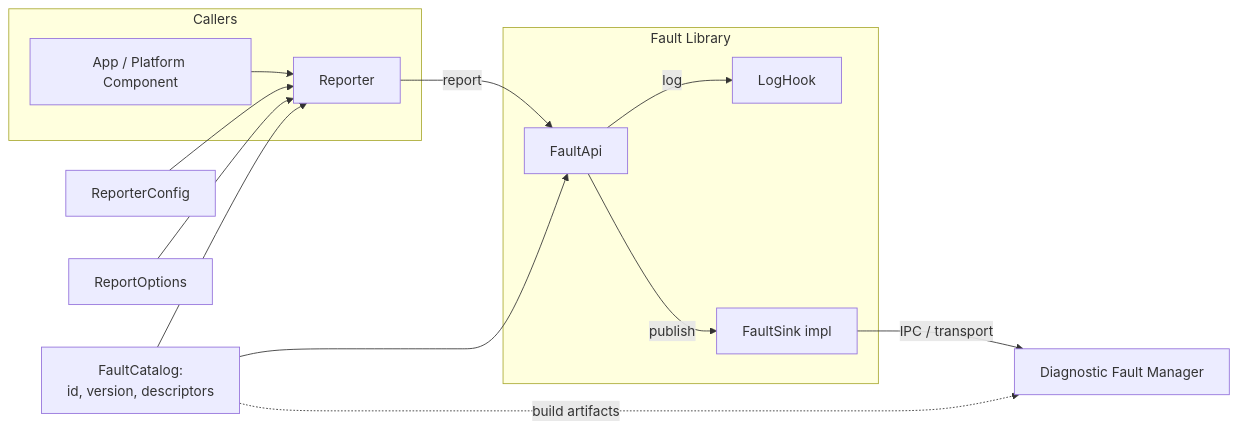
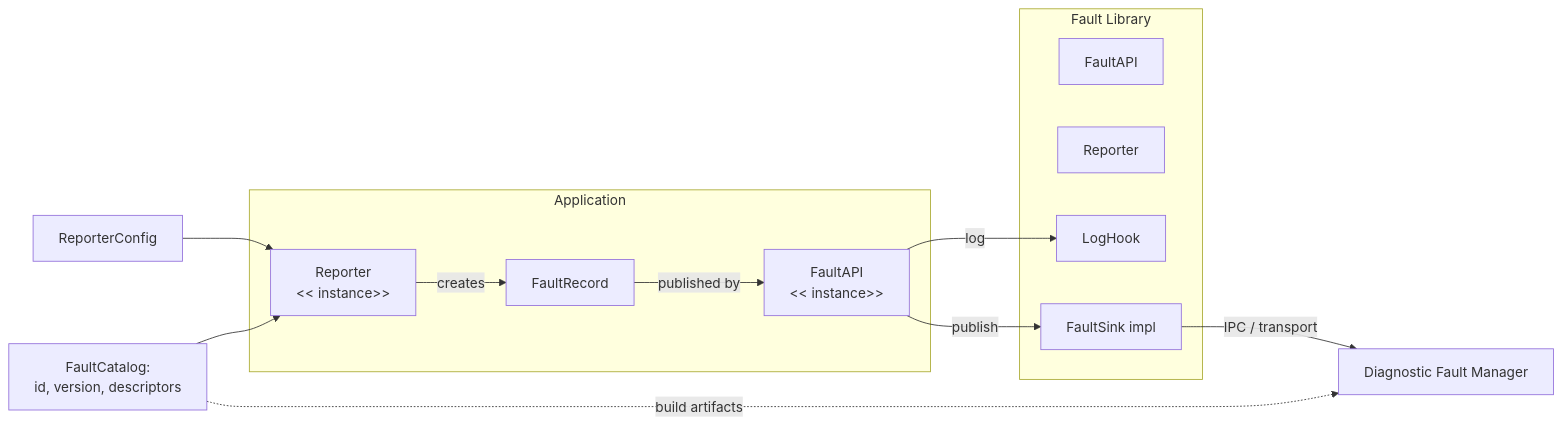
Before and after one commit to eclipse-opensovd/fault-lib: the first of 2 diagrams in docs/design/design.md, drawn with Mermaid. The commit also changed other lines of this file, not shown here.

Commit message:
Add use case diagram

````diff
--- a/docs/design/design.md
+++ b/docs/design/design.md
@@ -26,20 +26,23 @@
 ```mermaid
 flowchart LR
-    subgraph Callers
-        A[App / Platform Component]
-        A --> B
+    subgraph Application
+        A["FaultAPI 
+        << instance>>"]:::role
+        B["Reporter 
+        << instance>>"]
+        C[FaultRecord]
+        B --> |creates| C
+        C --> |published by| A
     end
     subgraph FaultLibrary[Fault Library]
-        B[Reporter]
-        C[FaultApi]
-        B -->|report| C
-        C -->|log| D[LogHook]
-        C -->|publish| E[FaultSink impl]
+        FaultAPI
+        Reporter
+        A -->|log| G[LogHook]
+        A -->|publish| E[FaultSink impl]
     end
     Config[ReporterConfig] --> B
-    Options[ReportOptions] --> B
     Catalog[FaultCatalog: <br> id, version, descriptors] --> B
-    Catalog --> C
+
     Catalog -. build artifacts .-> F
     E -->|IPC / transport| F[Diagnostic Fault Manager]
 ```
````
